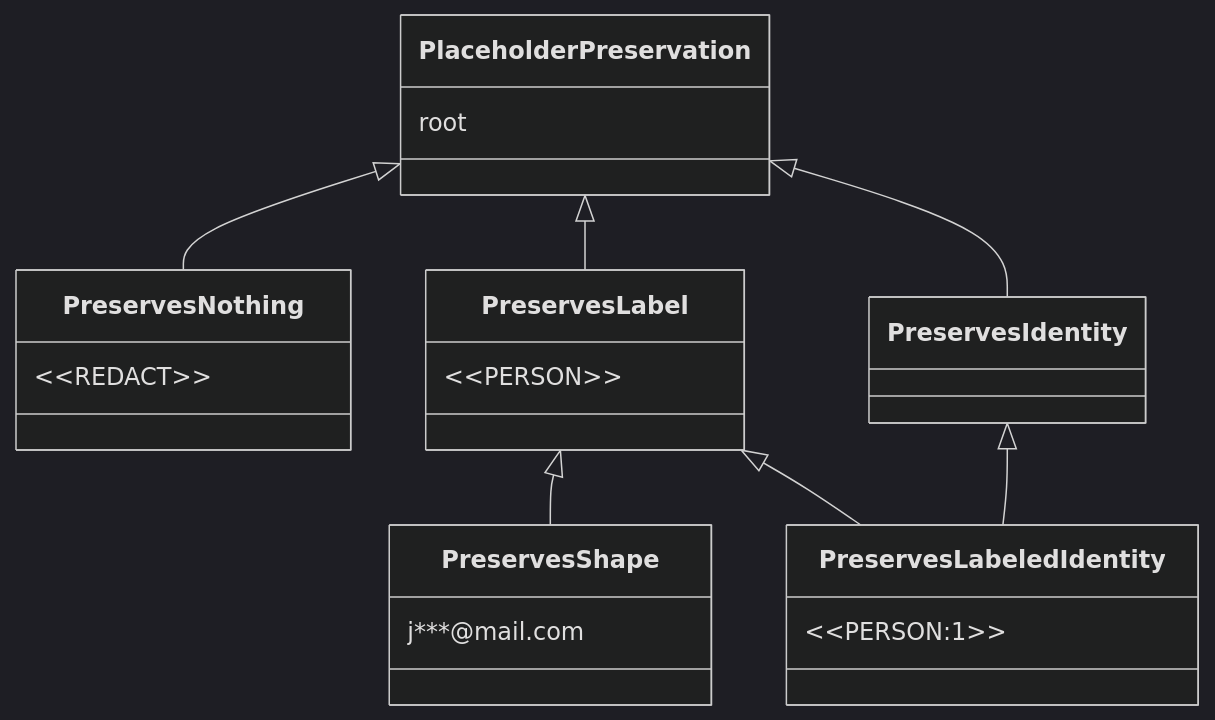
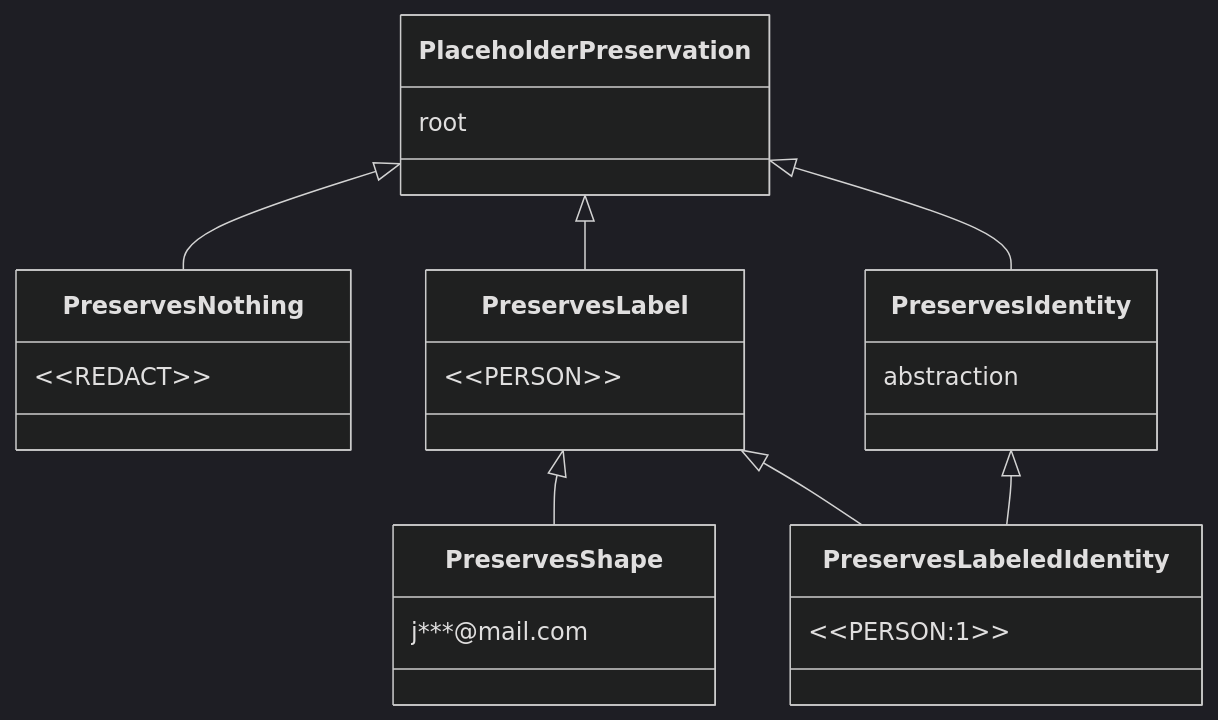
The third of 4 diagrams in docs/en/architecture.md (Athroniaeth/piighost), drawn with Mermaid (dark theme) before and after one commit. The commit also changed 77 other files, not shown here.

````diff
--- a/docs/en/architecture.md
+++ b/docs/en/architecture.md
@@ -180,25 +180,28 @@
 ```mermaid
 classDiagram
     class PlaceholderPreservation {
         root
     }
     class PreservesNothing {
         &lt;&lt;REDACT&gt;&gt;
     }
     class PreservesLabel {
         &lt;&lt;PERSON&gt;&gt;
     }
     class PreservesShape {
         j***@mail.com
     }
+    class PreservesIdentity {
+        abstraction
+    }
     class PreservesLabeledIdentity {
         &lt;&lt;PERSON:1&gt;&gt;
     }
 
     PlaceholderPreservation <|-- PreservesNothing
     PlaceholderPreservation <|-- PreservesLabel
     PlaceholderPreservation <|-- PreservesIdentity
     PreservesLabel <|-- PreservesShape
     PreservesLabel <|-- PreservesLabeledIdentity
     PreservesIdentity <|-- PreservesLabeledIdentity
 ```
````
